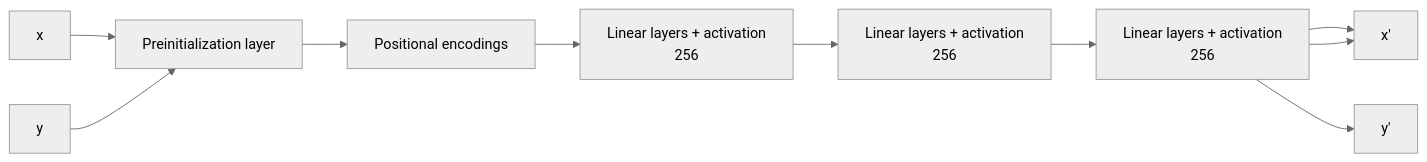
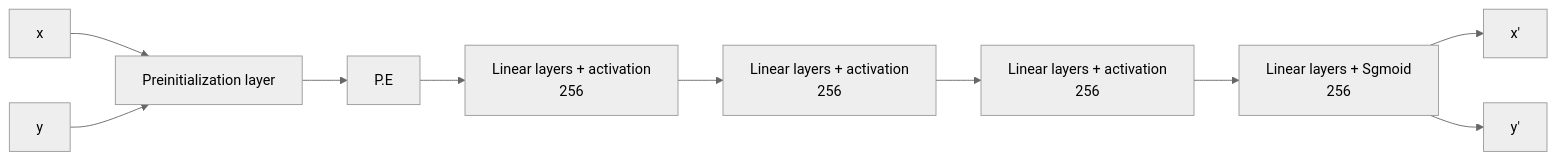
Before and after one commit to andjelatodorovich/Coordinate_based_MLPs: the diagram in README.md, drawn with Mermaid (neutral theme).

```````diff
--- a/README.md
+++ b/README.md
@@ -6,7 +6,7 @@
 ``````mermaid
 graph LR
-	1[x]-->3[Preinitialization layer]-->4[Positional encodings]-->5[Linear layers + activation<br>256]-->6[Linear layers + activation<br>256]-->7[Linear layers + activation<br>256]-->8[Linear layers + Sgmoid<br>256]
+	1[x]-->3[Preinitialization layer]-->4[P.E]-->5[Linear layers + activation<br>256]-->6[Linear layers + activation<br>256]-->7[Linear layers + activation<br>256]-->8[Linear layers + Sgmoid<br>256]
 	2[y]-->3[Preinitialization layer]
-	7-->8[x']
-	7-->9[y']
+	8-->9[x']
+	8-->10[y']
 ``````
```````
